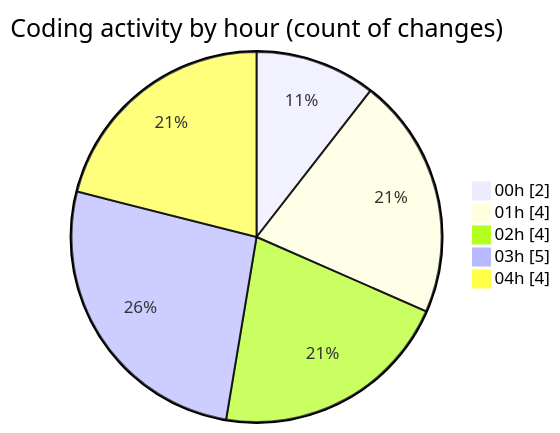
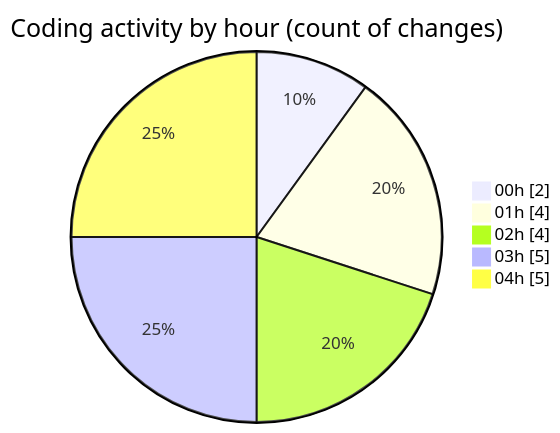
The second of 2 diagrams in 2025-08-08/studybuddy/README.md (lephambinh05/code-tracking), drawn with Mermaid before and after one commit. The commit also changed other lines of this file and 1 other file, not shown here.

````diff
--- a/2025-08-08/studybuddy/README.md
+++ b/2025-08-08/studybuddy/README.md
@@ -36,9 +36,9 @@
 ```mermaid
 pie showData
 title Coding activity by hour (count of changes)
 "00h" : 2
 "01h" : 4
 "02h" : 4
 "03h" : 5
-"04h" : 4
+"04h" : 5
 ```
````
